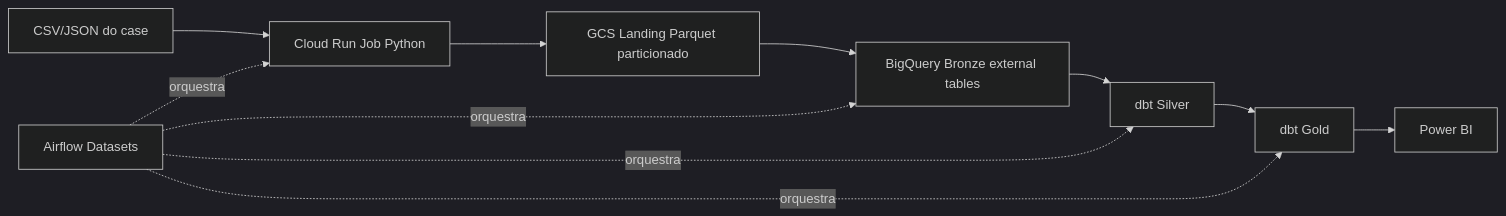
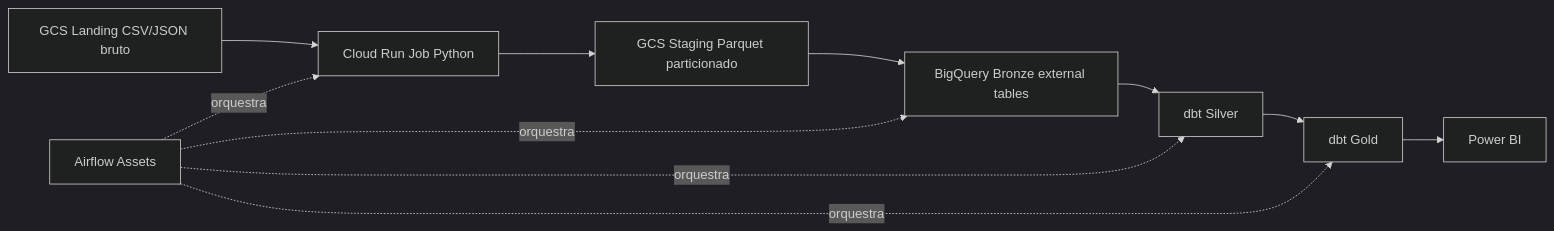
The diagram in README.md (Gui-mp8/pipeline_deteccao_fraude), drawn with Mermaid (dark theme) before and after one commit. The commit also changed other lines of this file and 39 other files, not shown here.

````diff
--- a/README.md
+++ b/README.md
@@ -7,13 +7,13 @@
 ```mermaid
 flowchart LR
-  A[CSV/JSON do case] --> B[Cloud Run Job Python]
-  B --> C[GCS Landing Parquet particionado]
+  A[GCS Landing CSV/JSON bruto] --> B[Cloud Run Job Python]
+  B --> C[GCS Staging Parquet particionado]
   C --> D[BigQuery Bronze external tables]
   D --> E[dbt Silver]
   E --> F[dbt Gold]
   F --> G[Power BI]
-  H[Airflow Datasets] -. orquestra .-> B
+  H[Airflow Assets] -. orquestra .-> B
   H -. orquestra .-> D
   H -. orquestra .-> E
   H -. orquestra .-> F
 ```
````
